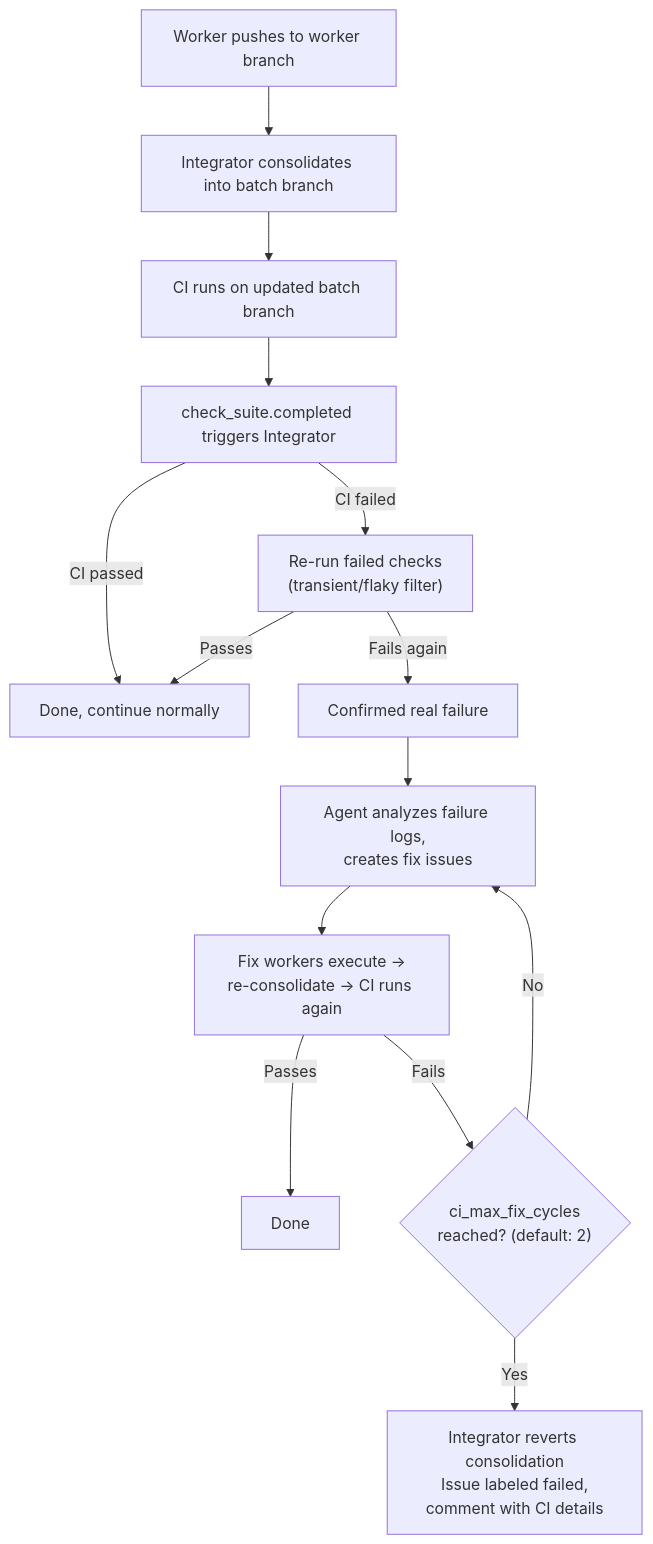
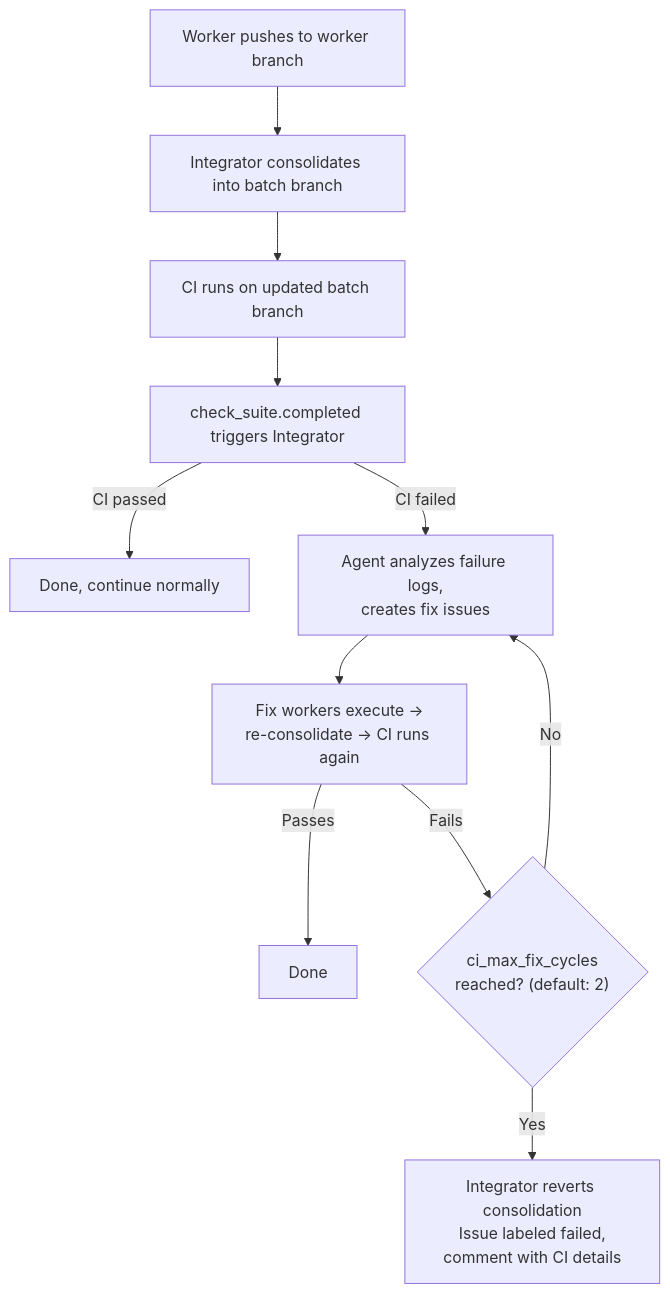
The ninth of 10 diagrams in src/content/docs/design/execution.md (Herd-OS/herd-os.com), drawn with Mermaid before and after one commit. The commit also changed other lines of this file, not shown here.

Commit message:
Sync docs from herd@8e36d78

````diff
--- a/src/content/docs/design/execution.md
+++ b/src/content/docs/design/execution.md
@@ -589,16 +589,13 @@
 ```mermaid
 graph TD
     A["Worker pushes to worker branch"] --> B["Integrator consolidates into batch branch"]
     B --> C["CI runs on updated batch branch"]
     C --> D["check_suite.completed triggers Integrator"]
     D -->|CI passed| DONE["Done, continue normally"]
-    D -->|CI failed| E["Re-run failed checks<br>(transient/flaky filter)"]
-    E -->|Passes| DONE
-    E -->|Fails again| F["Confirmed real failure"]
-    F --> G["Agent analyzes failure logs,<br>creates fix issues"]
+    D -->|CI failed| G["Agent analyzes failure logs,<br>creates fix issues"]
     G --> H["Fix workers execute →<br>re-consolidate → CI runs again"]
     H -->|Passes| DONE2["Done"]
     H -->|Fails| I{"ci_max_fix_cycles<br>reached? (default: 2)"}
     I -->|No| G
     I -->|Yes| J["Integrator reverts consolidation<br>Issue labeled failed,<br>comment with CI details"]
 ```
````
